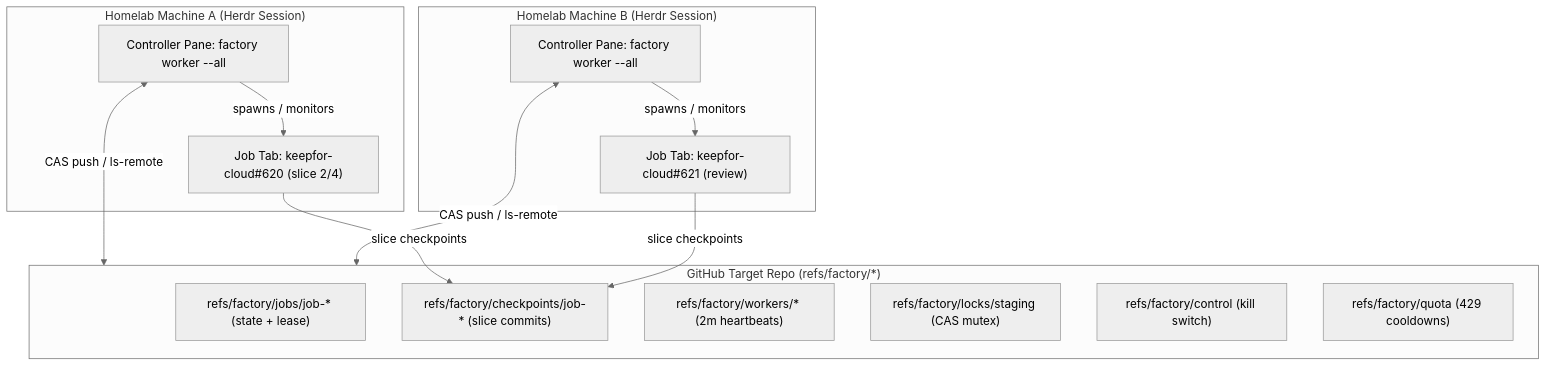
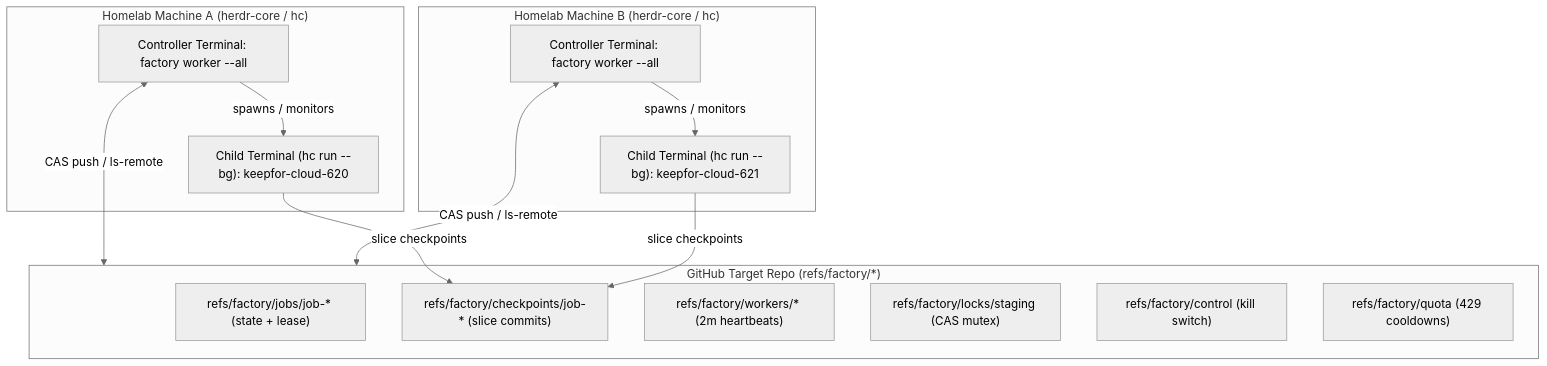
Before and after one commit to melcutz/software-factory: the diagram in docs/superpowers/specs/2026-11-15-multi-machine-durable-factory-design.md, drawn with Mermaid (neutral theme). The commit also changed other lines of this file and 1 other file, not shown here.

Commit message:
docs: update multi-machine factory spec and plan for herdr-core (hc) and OSC 7501

````diff
--- a/docs/superpowers/specs/2026-11-15-multi-machine-durable-factory-design.md
+++ b/docs/superpowers/specs/2026-11-15-multi-machine-durable-factory-design.md
@@ -38,28 +38,28 @@
 ```mermaid
 flowchart TD
-    subgraph MachineA["Homelab Machine A (Herdr Session)"]
-        WA["Controller Pane: factory worker --all"]
-        JA1["Job Tab: keepfor-cloud#620 (slice 2/4)"]
+    subgraph MachineA["Homelab Machine A (herdr-core / hc)"]
+        WA["Controller Terminal: factory worker --all"]
+        JA1["Child Terminal (hc run --bg): keepfor-cloud-620"]
         WA -->|spawns / monitors| JA1
     end
 
-    subgraph MachineB["Homelab Machine B (Herdr Session)"]
-        WB["Controller Pane: factory worker --all"]
-        JB1["Job Tab: keepfor-cloud#621 (review)"]
+    subgraph MachineB["Homelab Machine B (herdr-core / hc)"]
+        WB["Controller Terminal: factory worker --all"]
+        JB1["Child Terminal (hc run --bg): keepfor-cloud-621"]
         WB -->|spawns / monitors| JB1
     end
 
     subgraph GitHub["GitHub Target Repo (refs/factory/*)"]
         RJ["refs/factory/jobs/job-* (state + lease)"]
         RC["refs/factory/checkpoints/job-* (slice commits)"]
         RW["refs/factory/workers/* (2m heartbeats)"]
         RL["refs/factory/locks/staging (CAS mutex)"]
         RK["refs/factory/control (kill switch)"]
         RQ["refs/factory/quota (429 cooldowns)"]
     end
 
     WA <-->|CAS push / ls-remote| GitHub
     WB <-->|CAS push / ls-remote| GitHub
     JA1 -->|slice checkpoints| RC
     JB1 -->|slice checkpoints| RC
 ```
````
